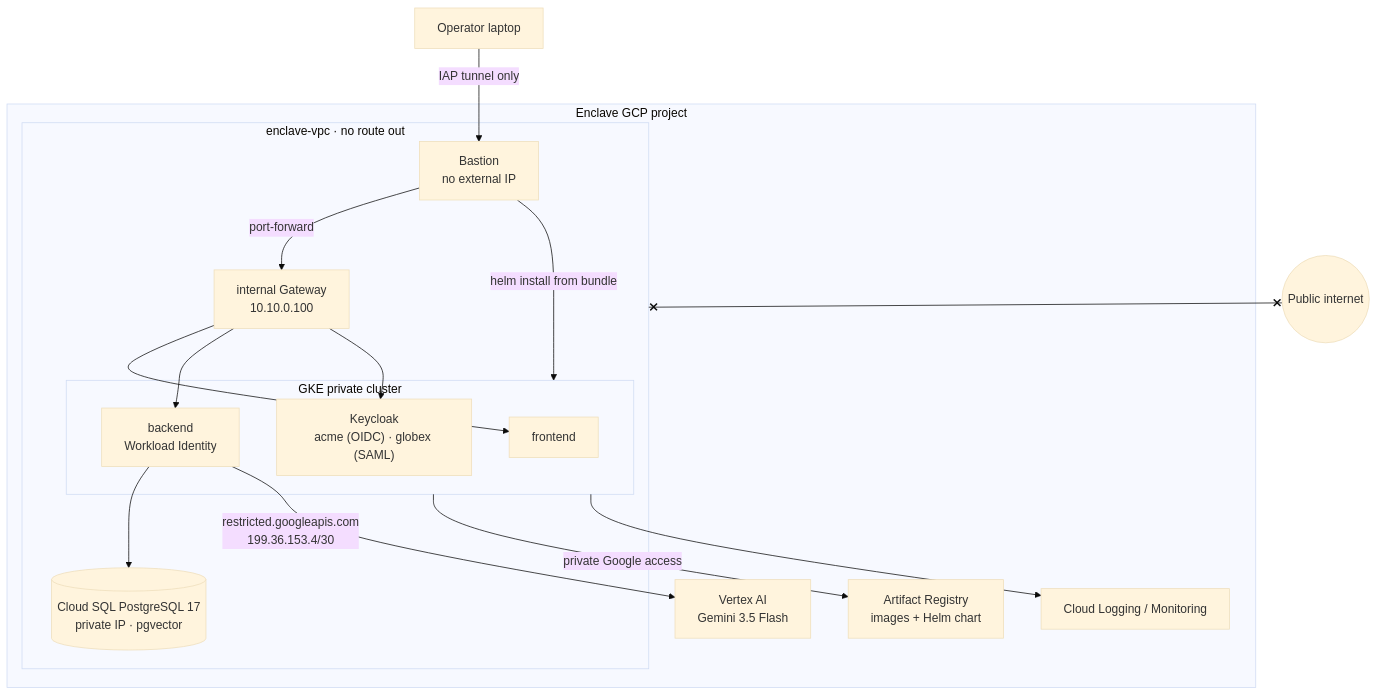
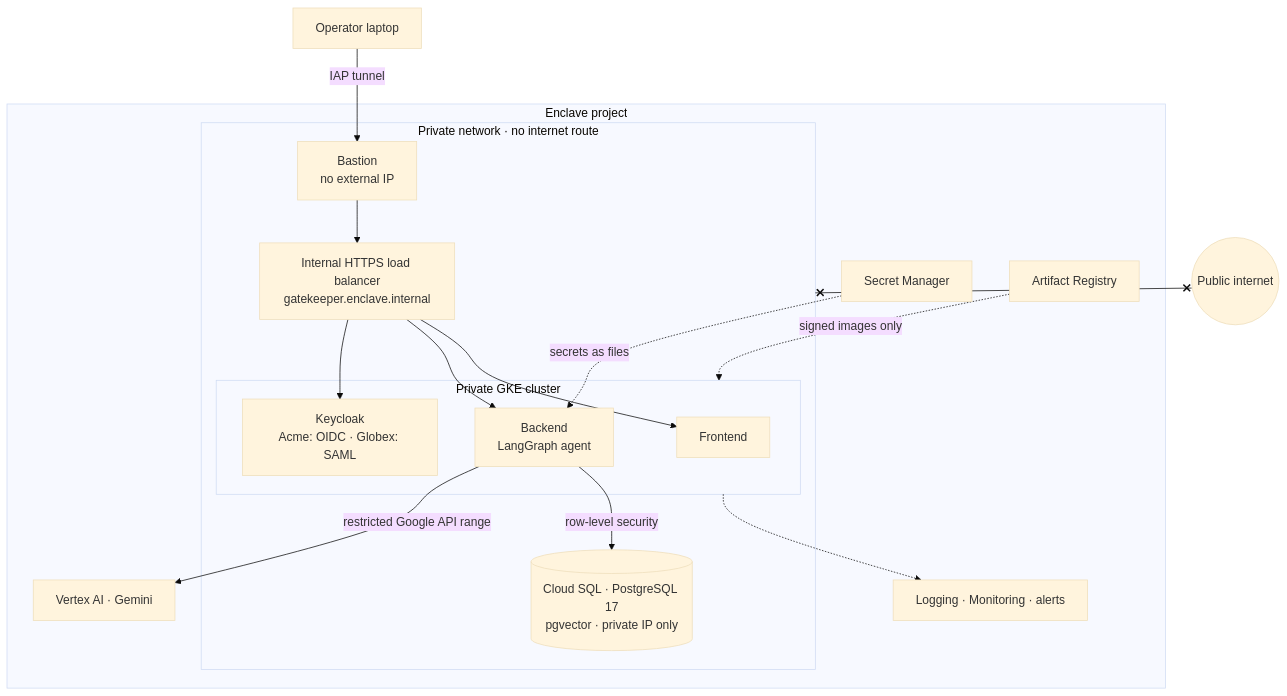
The first of 2 diagrams in README.md (ghantasala-sr/GateKeeper-enclave), drawn with Mermaid (base theme) before and after one commit. The commit also changed other lines of this file, not shown here.

Commit message:
README: rewrite as a clear overview (guarantees, architecture, release flow, evidence, limits, docs, layout); no planning or roadmap

````diff
--- a/README.md
+++ b/README.md
@@ -33,28 +33,30 @@
 ```mermaid
 flowchart TB
-    subgraph GCP["Enclave GCP project"]
-        subgraph VPC["enclave-vpc · no route out"]
+    OP["Operator laptop"] -- "IAP tunnel" --> BASTION
+
+    subgraph GCP["Enclave project"]
+        subgraph VPC["Private network · no internet route"]
             BASTION["Bastion<br/>no external IP"]
-            GW["internal Gateway<br/>10.10.0.100"]
-            subgraph GKE["GKE private cluster"]
-                FE["frontend"]
-                BE["backend<br/>Workload Identity"]
-                KC["Keycloak<br/>acme (OIDC) · globex (SAML)"]
+            GW["Internal HTTPS load balancer<br/>gatekeeper.enclave.internal"]
+            subgraph GKE["Private GKE cluster"]
+                FE["Frontend"]
+                BE["Backend<br/>LangGraph agent"]
+                KC["Keycloak<br/>Acme: OIDC · Globex: SAML"]
             end
-            SQL[("Cloud SQL PostgreSQL 17<br/>private IP · pgvector")]
+            SQL[("Cloud SQL · PostgreSQL 17<br/>pgvector · private IP only")]
         end
-        AR["Artifact Registry<br/>images + Helm chart"]
-        VERTEX["Vertex AI<br/>Gemini 3.5 Flash"]
-        OBS["Cloud Logging / Monitoring"]
+        VERTEX["Vertex AI · Gemini"]
+        SM["Secret Manager"]
+        AR["Artifact Registry"]
+        MON["Logging · Monitoring · alerts"]
     end
 
-    OP["Operator laptop"] -- "IAP tunnel only" --> BASTION
-    BASTION -- "port-forward" --> GW
+    BASTION --> GW
     GW --> FE & BE & KC
-    BASTION -- "helm install from bundle" --> GKE
-    BE --> SQL
-    BE -- "restricted.googleapis.com<br/>199.36.153.4/30" --> VERTEX
-    GKE -- "private Google access" --> AR
-    GKE --> OBS
+    BE -- "row-level security" --> SQL
+    BE -- "restricted Google API range" --> VERTEX
+    SM -. "secrets as files" .-> BE
+    AR -. "signed images only" .-> GKE
+    GKE -.-> MON
     INTERNET(("Public internet")) x--x VPC
 ```
````
